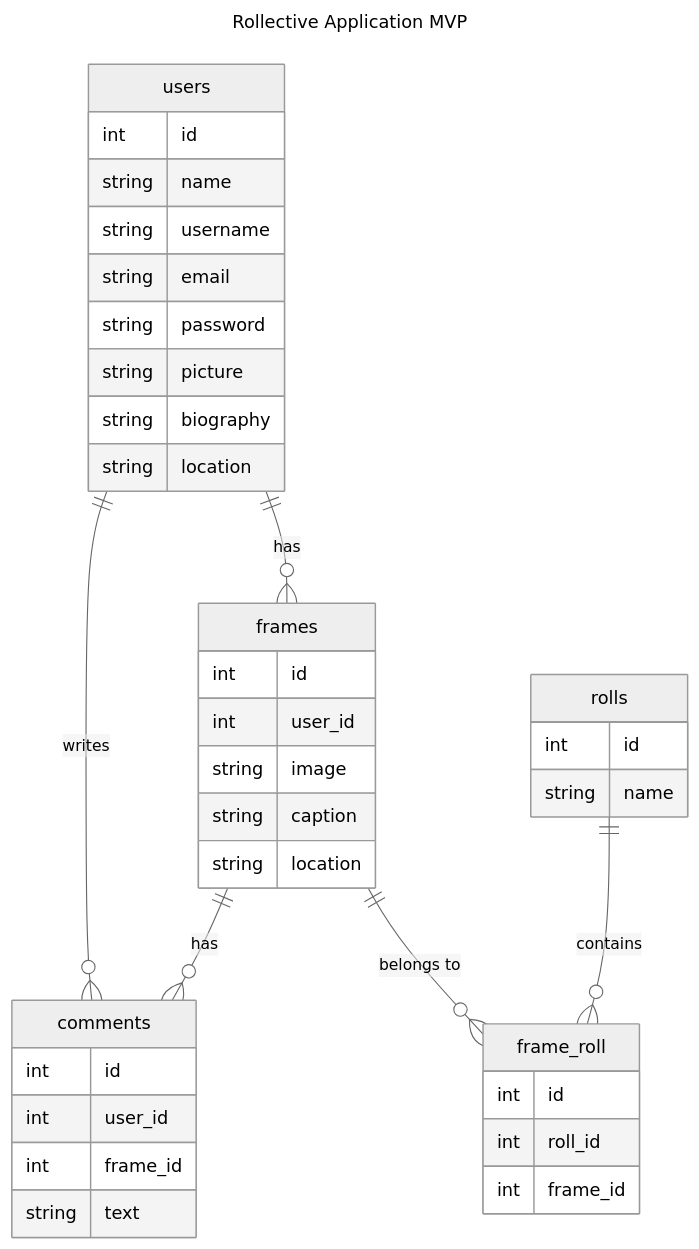
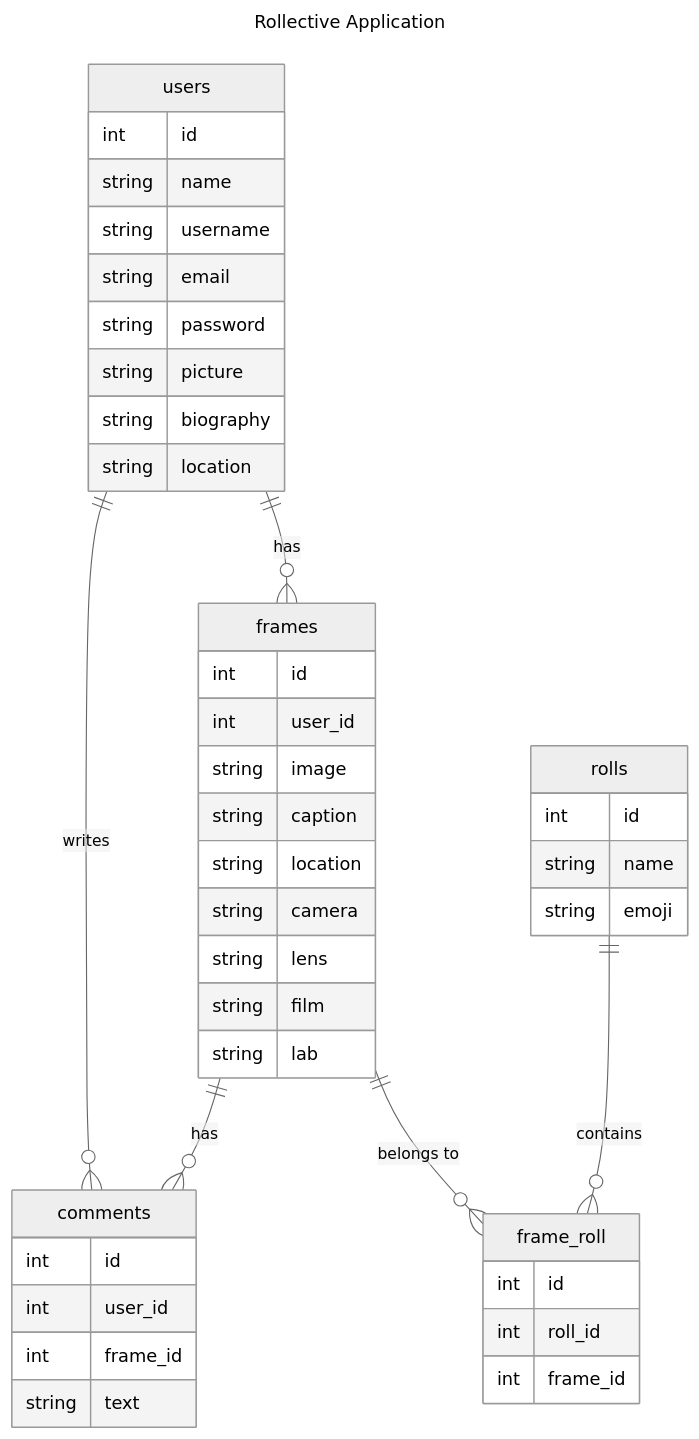
The diagram in _docs/misc/erd.mermaid (harbor-visuals/rollective-api), drawn with Mermaid (neutral theme) before and after one commit. The commit also changed 8 other files, not shown here.

Commit message:
changed erd

```diff
--- a/_docs/misc/erd.mermaid
+++ b/_docs/misc/erd.mermaid
@@ -1,46 +1,51 @@
 ---
-title: Rollective Application MVP
+title: Rollective Application
 ---
 erDiagram
     users {
         int id
         string name
         string username
         string email
         string password
         string picture
         string biography
         string location
     }
     
     frames {
         int id
         int user_id
         string image
         string caption
         string location
+        string camera
+        string lens
+        string film
+        string lab
     }
     
     comments {
         int id
         int user_id
         int frame_id
         string text
     }
     
     rolls {
         int id
         string name
+        string emoji
     }
     
     frame_roll {
         int id
         int roll_id
         int frame_id
     }
     
     users ||--o{ frames : "has"
     users ||--o{ comments : "writes"
     frames ||--o{ comments : "has"
     frames ||--o{ frame_roll : "belongs to"
     rolls ||--o{ frame_roll : "contains"
```
